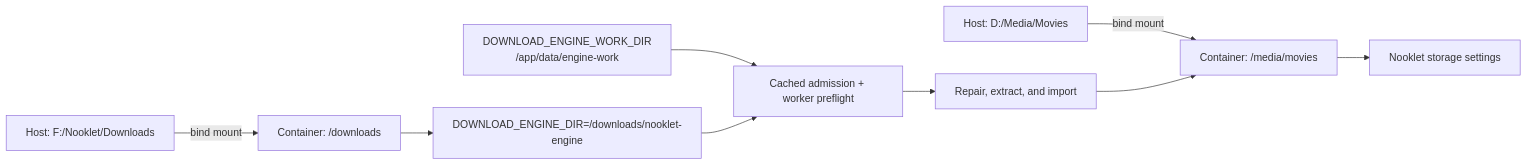
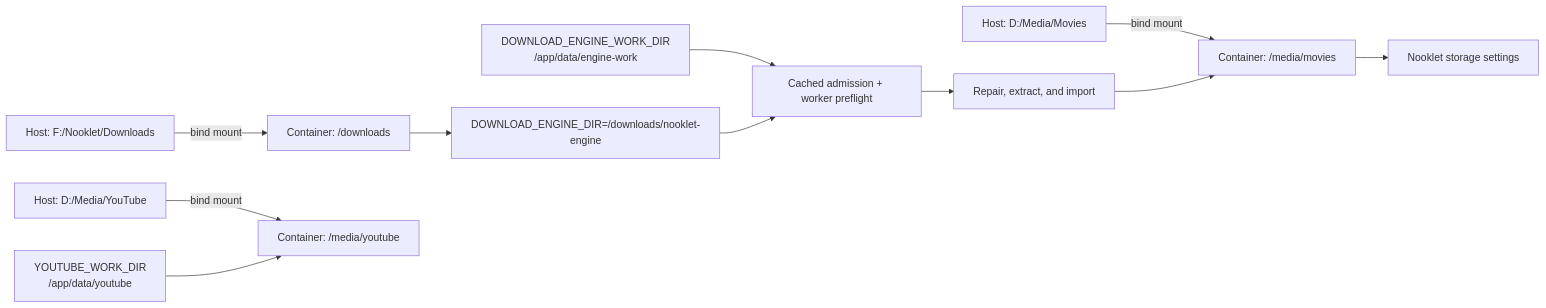
Before and after one commit to TannerMidd/Nooklet: the diagram in docs/wiki/Storage-and-Path-Mapping.md, drawn with Mermaid. The commit also changed other lines of this file and 132 other files, not shown here.

Commit message:
feat: add YouTube monitoring and downloads

````diff
--- a/docs/wiki/Storage-and-Path-Mapping.md
+++ b/docs/wiki/Storage-and-Path-Mapping.md
@@ -13,11 +14,13 @@
 ```mermaid
 flowchart LR
     H1["Host: D:/Media/Movies"] -->|"bind mount"| C1["Container: /media/movies"]
     H2["Host: F:/Nooklet/Downloads"] -->|"bind mount"| C2["Container: /downloads"]
+    H3["Host: D:/Media/YouTube"] -->|"bind mount"| C3["Container: /media/youtube"]
     C1 --> UI["Nooklet storage settings"]
     C2 --> ENV["DOWNLOAD_ENGINE_DIR=/downloads/nooklet-engine"]
     WORK["DOWNLOAD_ENGINE_WORK_DIR\n/app/data/engine-work"] --> PRE["Cached admission + worker preflight"]
     ENV --> PRE
     PRE --> IMP["Repair, extract, and import"]
     IMP --> C1
+    YTWORK["YOUTUBE_WORK_DIR\n/app/data/youtube"] --> C3
 ```
````
